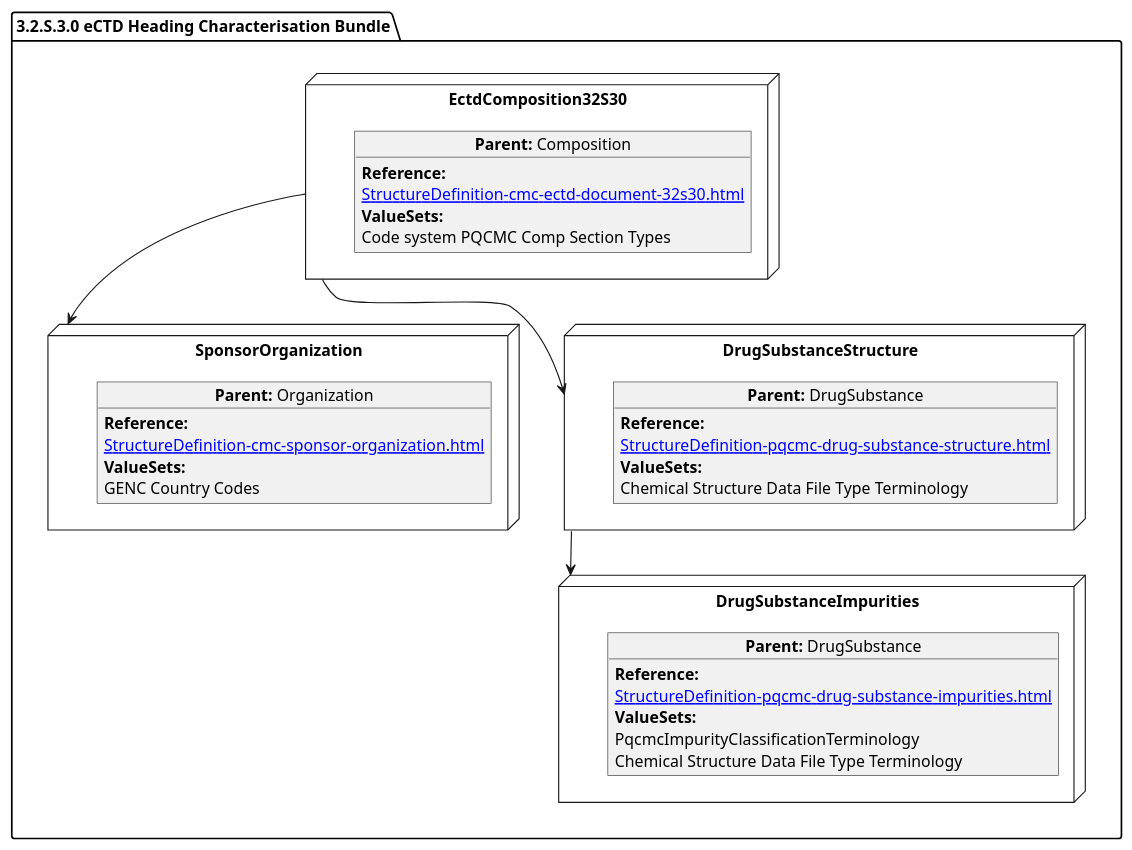
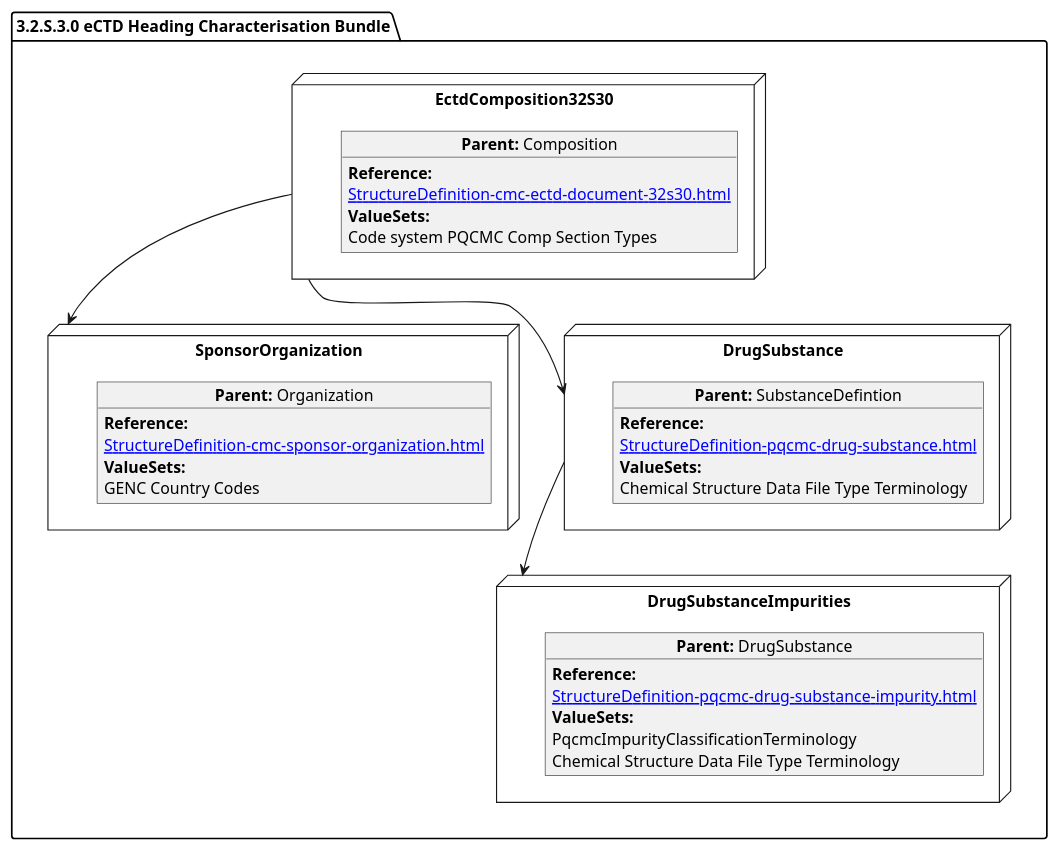
One commit to HL7/FHIR-us-pq-cmc-fda changed the diagram in input/images-source/SubstanceImpurity.plantuml. Above: the diagram before and after it, drawn with PlantUML. The commit also changed 5 other files, not shown here.

```diff
--- a/input/images-source/SubstanceImpurity.plantuml
+++ b/input/images-source/SubstanceImpurity.plantuml
@@ -1,46 +1,46 @@
 @startuml
 allowmixing
 'Mixed model of use case and object
 package "3.2.S.3.0 eCTD Heading Characterisation Bundle" as NODES {
   
 node "EctdComposition32S30" as N1 { 
       object "**Parent:** Composition" as obj1 {
           **Reference:**
       [[StructureDefinition-cmc-ectd-document-32s30.html]]
       **ValueSets:**
   Code system PQCMC Comp Section Types
     }
 }
  node "SponsorOrganization" as NSO { 
       object "**Parent:** Organization" as objAu {
     **Reference:**
       [[StructureDefinition-cmc-sponsor-organization.html]]
         **ValueSets:**
         GENC Country Codes
     }
 } 
-  node "DrugSubstanceStructure" as NN { 
-      object "**Parent:** DrugSubstance" as obj3 { 
+  
+  node "DrugSubstance" as NN { 
+      object "**Parent:** SubstanceDefintion" as obj3 { 
   **Reference:**
-      [[StructureDefinition-pqcmc-drug-substance-structure.html]]
+      [[StructureDefinition-pqcmc-drug-substance.html]]
         **ValueSets:**
       Chemical Structure Data File Type Terminology  
       }
   }
 
 node "DrugSubstanceImpurities" as N6 { 
       object "**Parent:** DrugSubstance" as obj2 {
      **Reference:**
-      [[StructureDefinition-pqcmc-drug-substance-impurities.html]]
+      [[StructureDefinition-pqcmc-drug-substance-impurity.html]]   
       **ValueSets:**
       PqcmcImpurityClassificationTerminology
       Chemical Structure Data File Type Terminology  
     }   
 }
 
-
 N1 --> NSO   
 NN --> N6
 N1 --> NN 
 }
 @enduml
```
